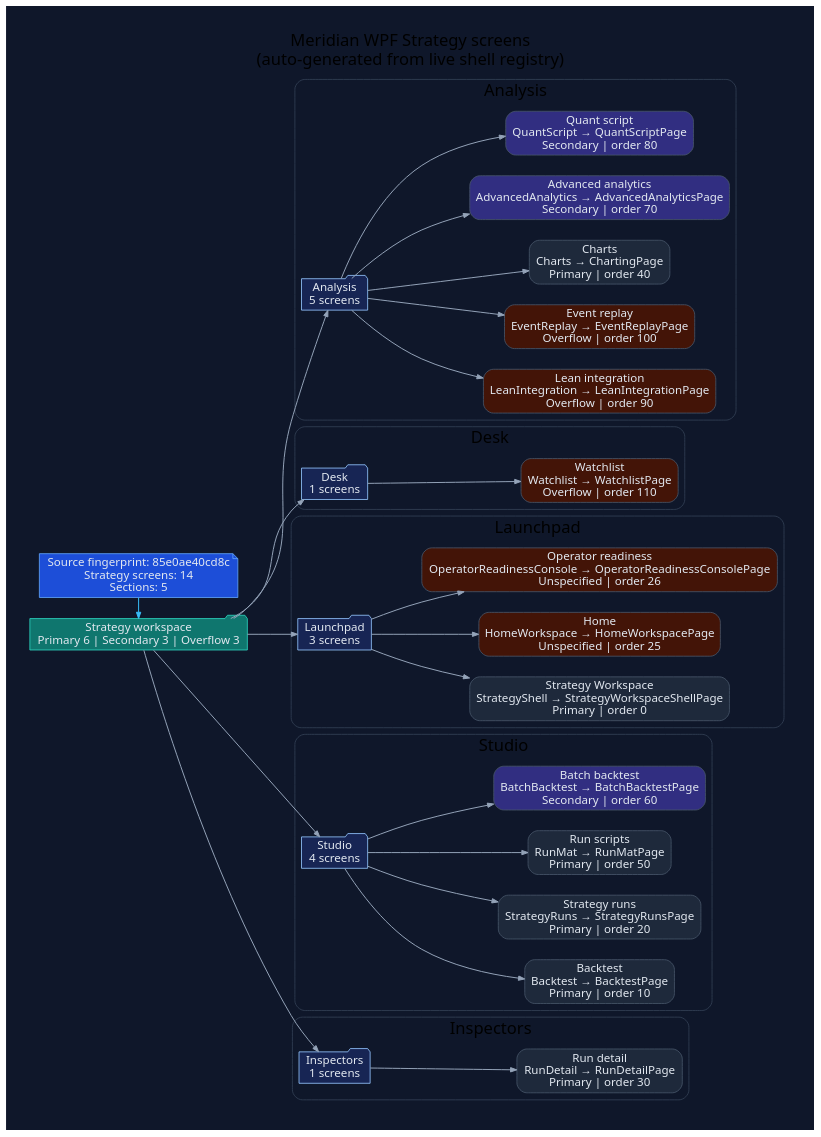
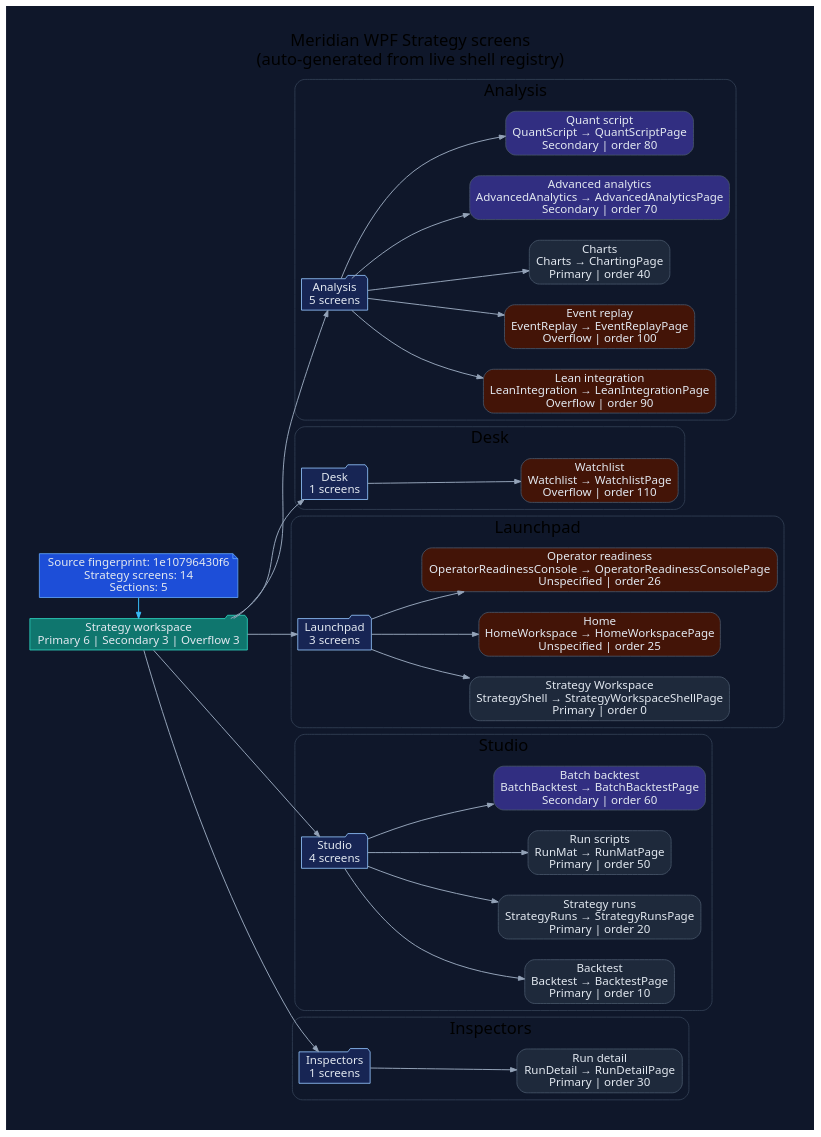
The diagram in docs/diagrams/ui/ui-wpf-screens-strategy.dot (rodoHasArrived/Meridian-main), drawn with Graphviz before and after one commit. The commit also changed 644 other files, not shown here.

```diff
--- a/docs/diagrams/ui/ui-wpf-screens-strategy.dot
+++ b/docs/diagrams/ui/ui-wpf-screens-strategy.dot
@@ -1,94 +1,94 @@
 // -----------------------------------------------------------------------------
 // <auto-generated>
 // Generated by scripts/generate-diagrams.mjs.
 // Do not edit this file directly; update the WPF source files instead.
 // -----------------------------------------------------------------------------
 digraph WpfStrategyScreens {
   graph [
     rankdir=LR,
     labelloc=t,
     label="Meridian WPF Strategy screens\n(auto-generated from live shell registry)",
     fontname="Segoe UI",
     fontsize=20,
     pad=0.4,
     nodesep=0.35,
     ranksep=0.85,
     bgcolor="#0f172a"
   ];
   node [fontname="Segoe UI", shape=box, style="rounded,filled", color="#475569", fontcolor="#e2e8f0", fillcolor="#1e293b"];
   edge [fontname="Segoe UI", color="#94a3b8", penwidth=1.2, arrowsize=0.75];
 
-  generated [shape=note, fillcolor="#1d4ed8", color="#60a5fa", label="Source fingerprint: 85e0ae40cd8c\nStrategy screens: 14\nSections: 5"];
+  generated [shape=note, fillcolor="#1d4ed8", color="#60a5fa", label="Source fingerprint: 1e10796430f6\nStrategy screens: 14\nSections: 5"];
   workspace [shape=folder, fillcolor="#0f766e", color="#2dd4bf", label="Strategy workspace\nPrimary 6 | Secondary 3 | Overflow 3"];
   generated -> workspace [color="#38bdf8"];
 
   subgraph cluster_section_1 {
     label="Analysis";
     color="#334155";
     style="rounded";
     section_1 [shape=folder, fillcolor="#172554", color="#93c5fd", label="Analysis\n5 screens"];
     workspace -> section_1;
     screen_LeanIntegration [fillcolor="#431407", label="Lean integration\nLeanIntegration → LeanIntegrationPage\nOverflow | order 90"];
     section_1 -> screen_LeanIntegration;
     screen_EventReplay [fillcolor="#431407", label="Event replay\nEventReplay → EventReplayPage\nOverflow | order 100"];
     section_1 -> screen_EventReplay;
     screen_Charts [fillcolor="#1e293b", label="Charts\nCharts → ChartingPage\nPrimary | order 40"];
     section_1 -> screen_Charts;
     screen_AdvancedAnalytics [fillcolor="#312e81", label="Advanced analytics\nAdvancedAnalytics → AdvancedAnalyticsPage\nSecondary | order 70"];
     section_1 -> screen_AdvancedAnalytics;
     screen_QuantScript [fillcolor="#312e81", label="Quant script\nQuantScript → QuantScriptPage\nSecondary | order 80"];
     section_1 -> screen_QuantScript;
   }
 
   subgraph cluster_section_2 {
     label="Desk";
     color="#334155";
     style="rounded";
     section_2 [shape=folder, fillcolor="#172554", color="#93c5fd", label="Desk\n1 screens"];
     workspace -> section_2;
     screen_Watchlist [fillcolor="#431407", label="Watchlist\nWatchlist → WatchlistPage\nOverflow | order 110"];
     section_2 -> screen_Watchlist;
   }
 
   subgraph cluster_section_3 {
     label="Launchpad";
     color="#334155";
     style="rounded";
     section_3 [shape=folder, fillcolor="#172554", color="#93c5fd", label="Launchpad\n3 screens"];
     workspace -> section_3;
     screen_StrategyShell [fillcolor="#1e293b", label="Strategy Workspace\nStrategyShell → StrategyWorkspaceShellPage\nPrimary | order 0"];
     section_3 -> screen_StrategyShell;
     screen_HomeWorkspace [fillcolor="#431407", label="Home\nHomeWorkspace → HomeWorkspacePage\nUnspecified | order 25"];
     section_3 -> screen_HomeWorkspace;
     screen_OperatorReadinessConsole [fillcolor="#431407", label="Operator readiness\nOperatorReadinessConsole → OperatorReadinessConsolePage\nUnspecified | order 26"];
     section_3 -> screen_OperatorReadinessConsole;
   }
 
   subgraph cluster_section_4 {
     label="Studio";
     color="#334155";
     style="rounded";
     section_4 [shape=folder, fillcolor="#172554", color="#93c5fd", label="Studio\n4 screens"];
     workspace -> section_4;
     screen_Backtest [fillcolor="#1e293b", label="Backtest\nBacktest → BacktestPage\nPrimary | order 10"];
     section_4 -> screen_Backtest;
     screen_StrategyRuns [fillcolor="#1e293b", label="Strategy runs\nStrategyRuns → StrategyRunsPage\nPrimary | order 20"];
     section_4 -> screen_StrategyRuns;
     screen_RunMat [fillcolor="#1e293b", label="Run scripts\nRunMat → RunMatPage\nPrimary | order 50"];
     section_4 -> screen_RunMat;
     screen_BatchBacktest [fillcolor="#312e81", label="Batch backtest\nBatchBacktest → BatchBacktestPage\nSecondary | order 60"];
     section_4 -> screen_BatchBacktest;
   }
 
   subgraph cluster_section_5 {
     label="Inspectors";
     color="#334155";
     style="rounded";
     section_5 [shape=folder, fillcolor="#172554", color="#93c5fd", label="Inspectors\n1 screens"];
     workspace -> section_5;
     screen_RunDetail [fillcolor="#1e293b", label="Run detail\nRunDetail → RunDetailPage\nPrimary | order 30"];
     section_5 -> screen_RunDetail;
   }
 
   { rank=min; generated; workspace; }
 }
```
